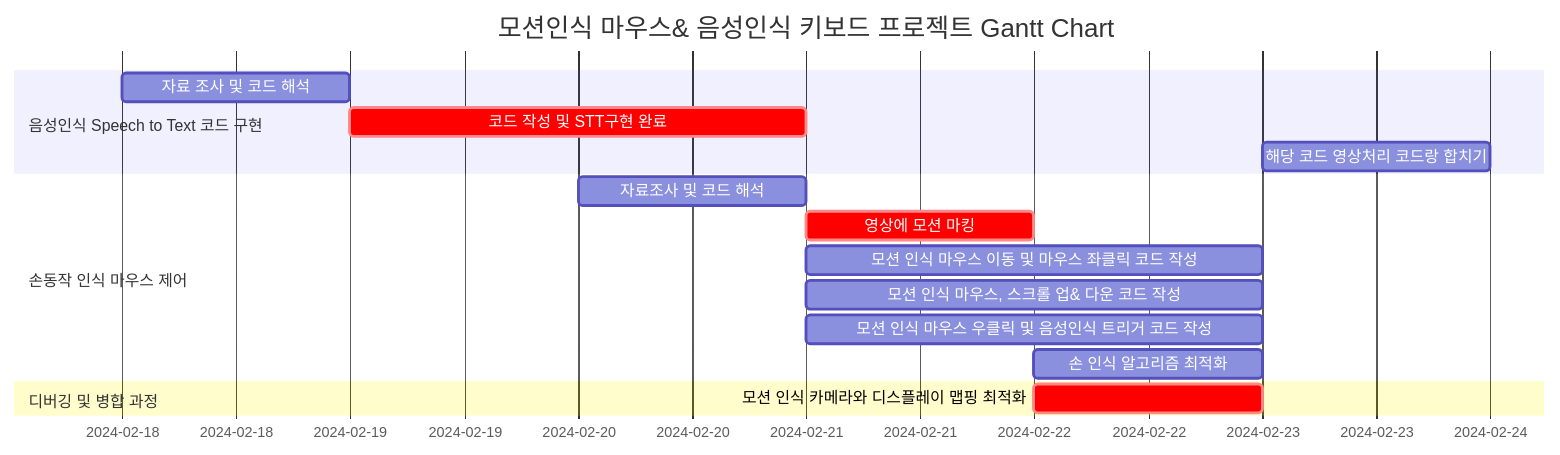
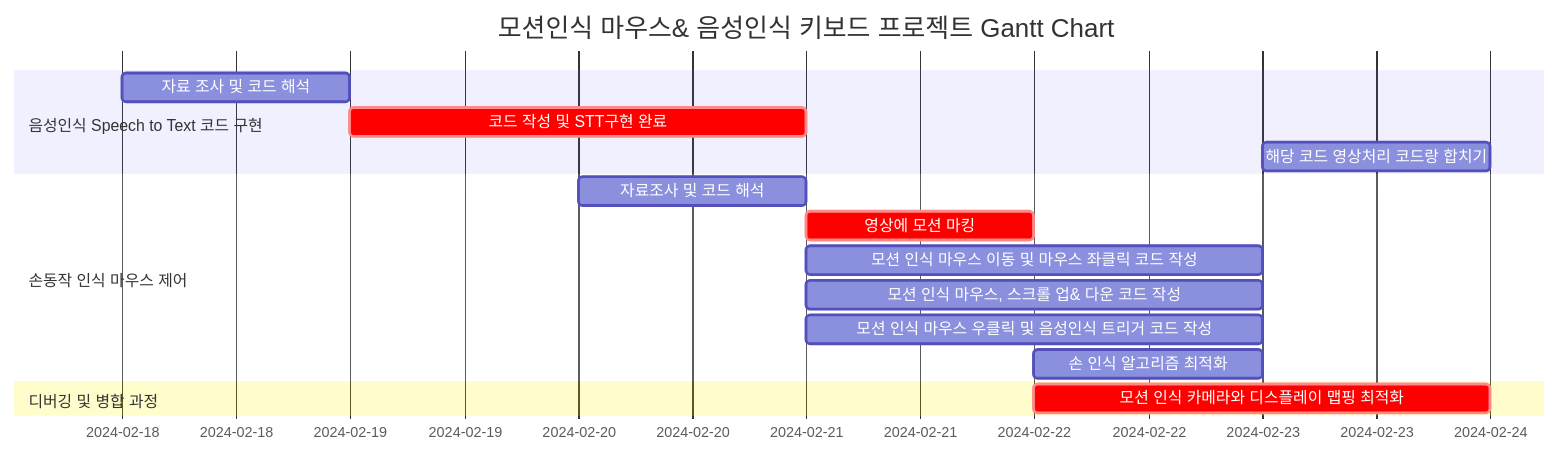
Before and after one commit to CodeMystero/motionKeyboardMouse: the diagram in README.md, drawn with Mermaid.

````diff
--- a/README.md
+++ b/README.md
@@ -58,21 +58,21 @@
 ```mermaid
 gantt
     dateFormat  MM-DD-YYYY
     title       모션인식 마우스& 음성인식 키보드 프로젝트 Gantt Chart
 	
 	section 음성인식 Speech to Text 코드 구현
 		자료 조사 및 코드 해석 :2024-02-18, 1d
                 코드 작성 및 STT구현 완료  :crit, 2024-02-19, 2d
 		해당 코드 영상처리 코드랑 합치기 :2024-02-23, 1d
 	
 	section 손동작 인식 마우스 제어
 		자료조사 및 코드 해석	: 2024-02-20, 1d
 		영상에 모션 마킹  :crit, 2024-02-21, 1d
 		모션 인식 마우스 이동 및 마우스 좌클릭 코드 작성 : 2024-02-21, 2d
 		모션 인식 마우스, 스크롤 업& 다운 코드 작성 : 2024-02-21, 2d
 		모션 인식 마우스 우클릭 및 음성인식 트리거 코드 작성  : 2024-02-21, 2d
 		손 인식 알고리즘 최적화 : 2024-02-22, 1d
 
 	section 디버깅 및 병합 과정
-		모션 인식 카메라와 디스플레이 맵핑 최적화 : crit, 2024-02-22, 1d
+		모션 인식 카메라와 디스플레이 맵핑 최적화 : crit, 2024-02-22, 2d
 ```
````
